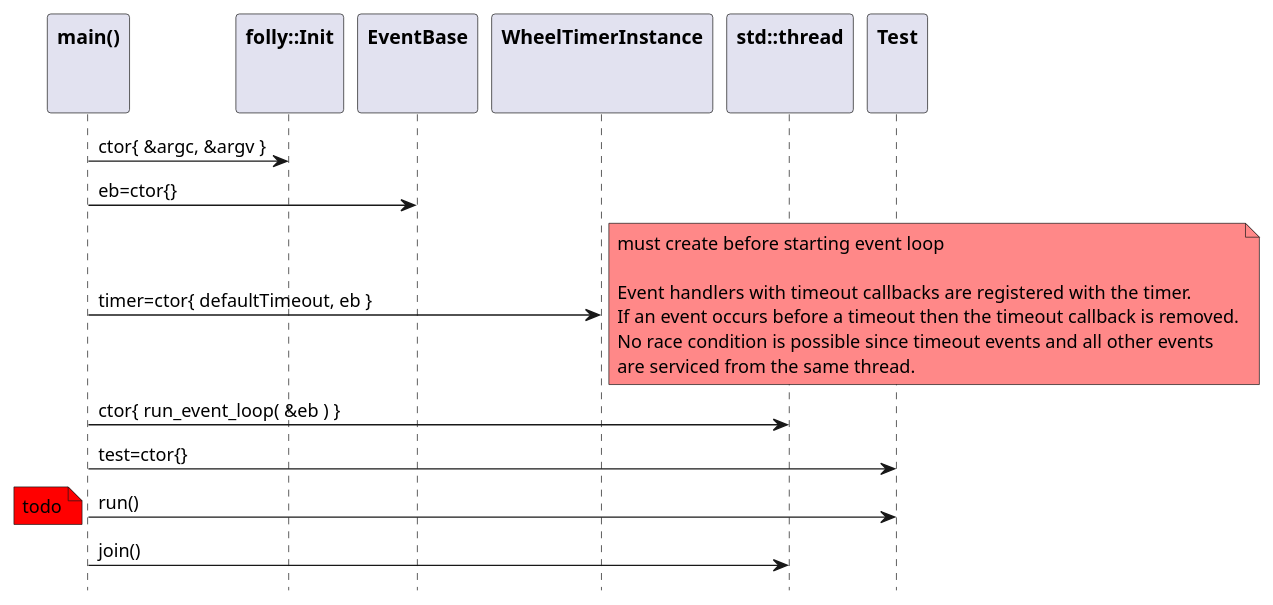
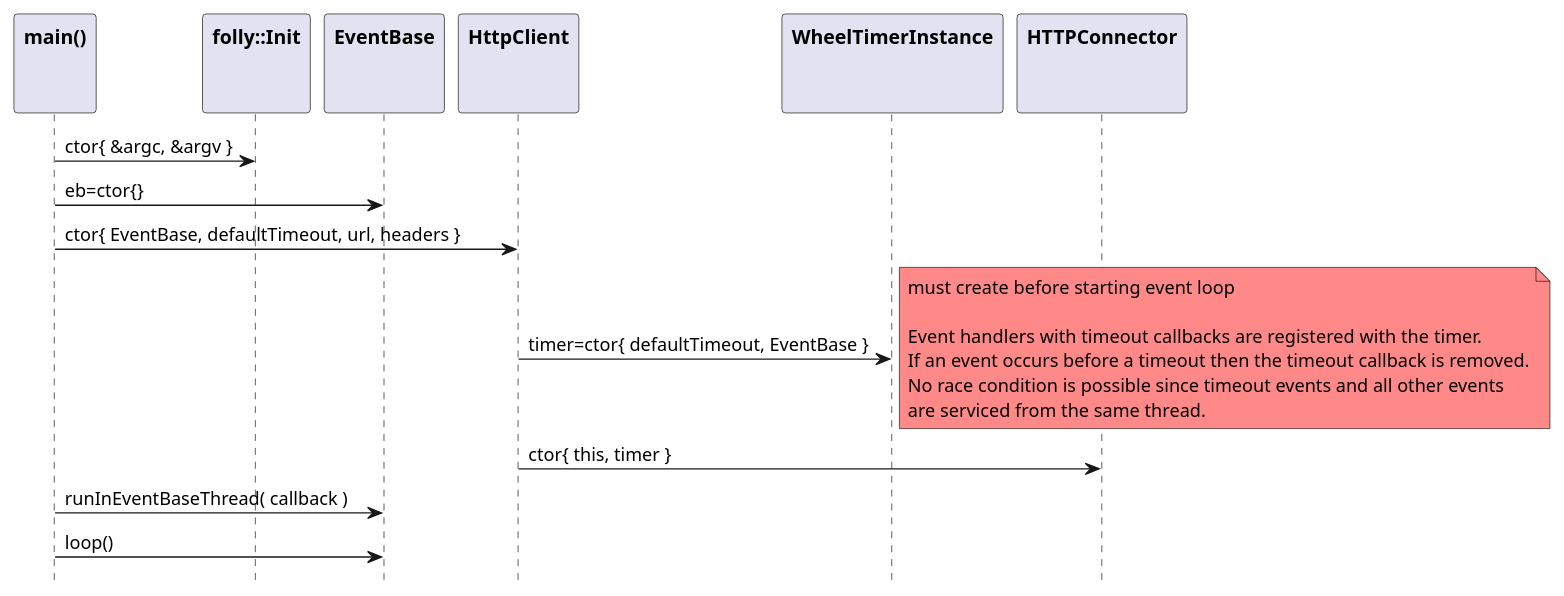
The first of 6 diagrams in doc/http-client.adoc (patrickhallinan/hello-proxygen), drawn with PlantUML before and after one commit. The commit also changed other lines of this file and 2 other files, not shown here.

```diff
--- a/doc/http-client.adoc
+++ b/doc/http-client.adoc
@@ -7,32 +7,49 @@
 [plantuml, "http-client-init-seq.puml", svg]
 ----
 hide footbox
 
 participant "**main()**\n\n" as main
 participant "**folly::Init**\n\n" as Init
 participant "**EventBase**\n\n" as EventBase
+participant "**HttpClient**\n\n" as HttpClient
 participant "**WheelTimerInstance**\n\n" as WheelTimerInstance
-participant "**std::thread**\n\n" as thread
-participant "**Test**\n\n" as Test
+participant "**HTTPConnector**\n\n" as HTTPConnector
+
 
 main -> Init : ctor{ &argc, &argv }
 main -> EventBase : eb=ctor{}
 
-main -> WheelTimerInstance : timer=ctor{ defaultTimeout, eb }
+main -> HttpClient : ctor{ EventBase, defaultTimeout, url, headers }
+
+HttpClient -> WheelTimerInstance : timer=ctor{ defaultTimeout, EventBase }
 note right #ff8888
     must create before starting event loop
    
     Event handlers with timeout callbacks are registered with the timer.
     If an event occurs before a timeout then the timeout callback is removed.
     No race condition is possible since timeout events and all other events
     are serviced from the same thread.
-end note 
+end note
+
+HttpClient -> HTTPConnector : ctor{ this, timer }        
+
+main -> EventBase : runInEventBaseThread( callback )
+
+main -> EventBase : loop()
+
+/'
+main -> Init : ctor{ &argc, &argv }
+main -> EventBase : eb=ctor{}
+
+main -> WheelTimerInstance : timer=ctor{ defaultTimeout, eb }
+ 
 
 main -> thread : ctor{ run_event_loop( &eb ) }
 main -> Test : test=ctor{}
 
 main -> Test : run()
 note left #ff0000: todo
 
 main -> thread : join()
+'/
 ----
```
